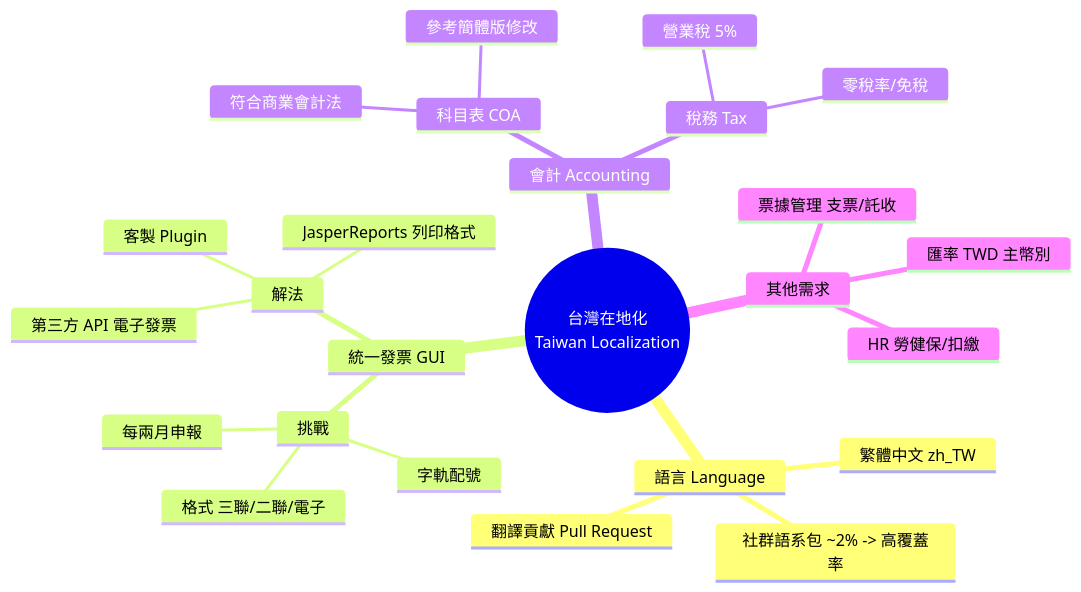
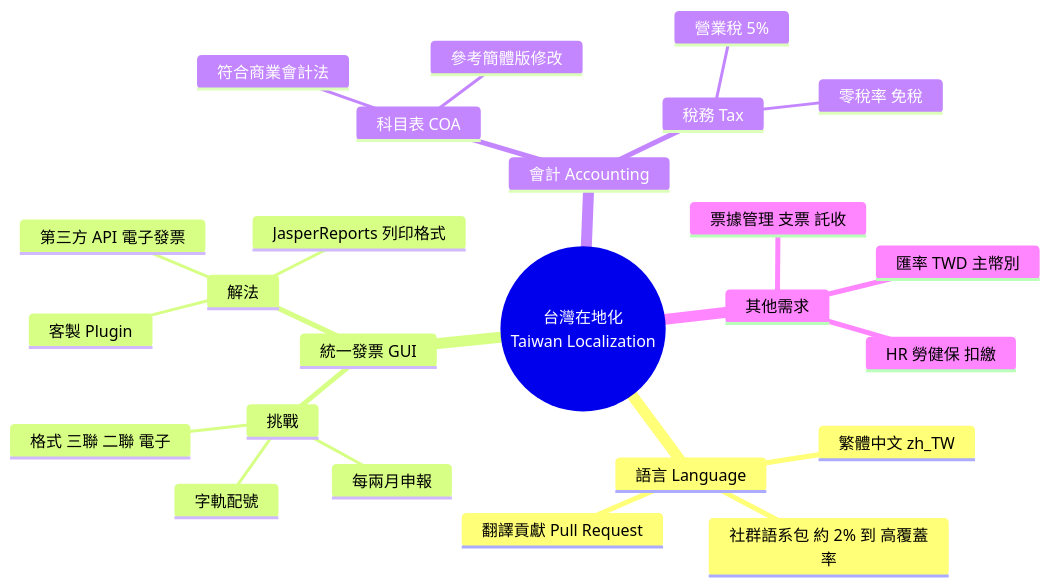
One commit to nczz/claw_notes changed diagram 14 of 15 in iDempiere_Notes.md. Above: the diagram before and after it, drawn with Mermaid. The commit also changed other lines of this file, not shown here.

Commit message:
Fix mermaid syntax: remove special chars / ~ > in sections 13-15

````diff
--- a/iDempiere_Notes.md
+++ b/iDempiere_Notes.md
@@ -931,28 +931,28 @@
 ```mermaid
 mindmap
   root((台灣在地化<br/>Taiwan Localization))
     語言 Language
       繁體中文 zh_TW
-      社群語系包 ~2% -> 高覆蓋率
+      社群語系包 約 2% 到 高覆蓋率
       翻譯貢獻 Pull Request
     統一發票 GUI
       挑戰
-        格式 三聯/二聯/電子
+        格式 三聯 二聯 電子
         字軌配號
         每兩月申報
       解法
         客製 Plugin
         第三方 API 電子發票
         JasperReports 列印格式
     會計 Accounting
       科目表 COA
         符合商業會計法
         參考簡體版修改
       稅務 Tax
         營業稅 5%
-        零稅率/免稅
+        零稅率 免稅
     其他需求
-      票據管理 支票/託收
-      HR 勞健保/扣繳
+      票據管理 支票 託收
+      HR 勞健保 扣繳
       匯率 TWD 主幣別
 ```
````
